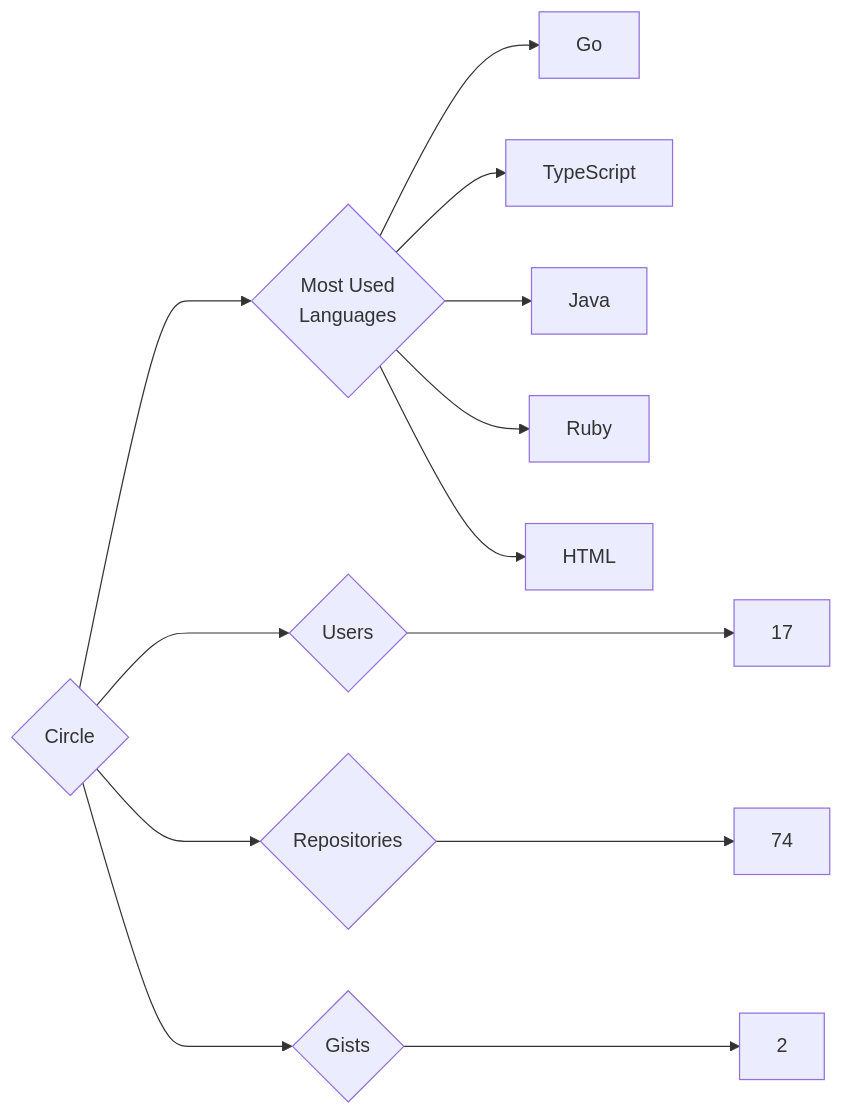
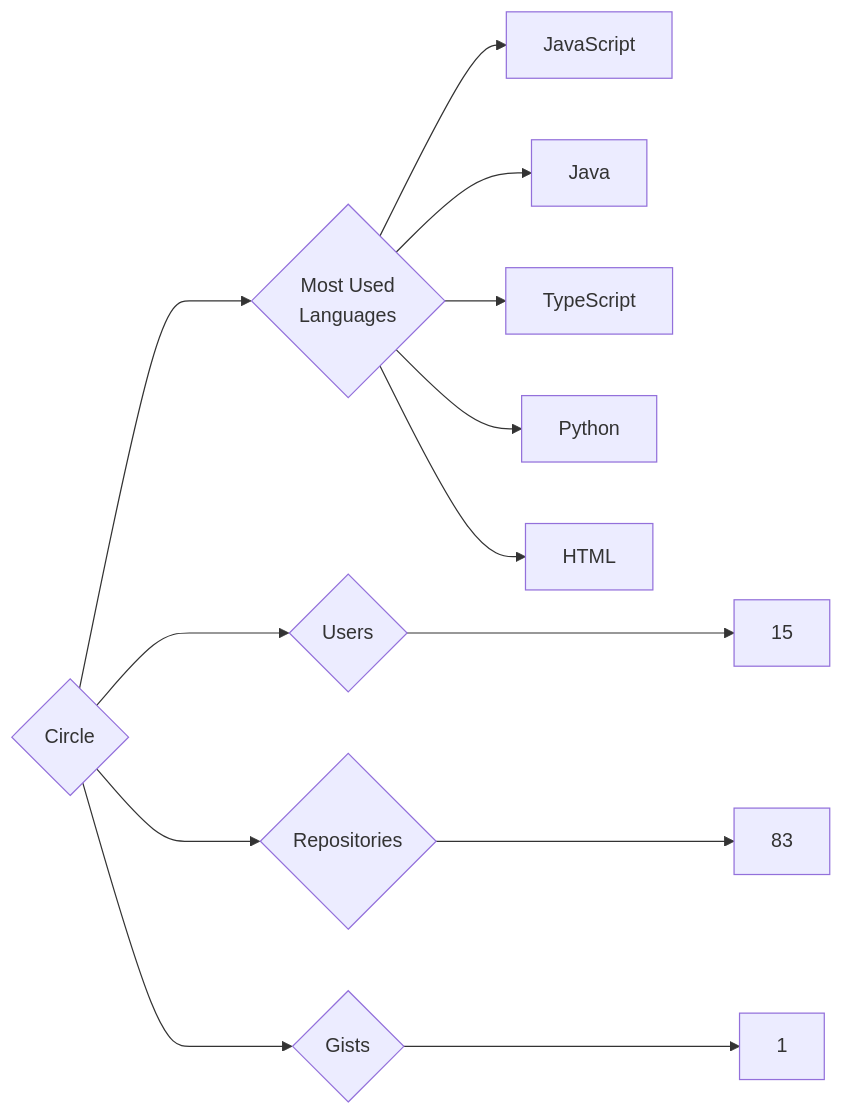
One commit to trickest/insiders changed the diagram in targets/Circle/README.md. Above: the diagram before and after it, drawn with Mermaid. The commit also changed 777 other files, not shown here.

````diff
--- a/targets/Circle/README.md
+++ b/targets/Circle/README.md
@@ -3,13 +3,13 @@
 ```mermaid
 graph LR
 COMPANY_NAME{Circle}
-COMPANY_NAME ---> U{Users} ---> UN[17]
-COMPANY_NAME ---> R{Repositories} ---> RN[74]
-COMPANY_NAME ---> G{Gists} ---> GN[2]
+COMPANY_NAME ---> U{Users} ---> UN[15]
+COMPANY_NAME ---> R{Repositories} ---> RN[83]
+COMPANY_NAME ---> G{Gists} ---> GN[1]
 COMPANY_NAME ---> ML{Most Used<br>Languages}
-ML --> Go[Go]
+ML --> JavaScript[JavaScript]
+ML --> Java[Java]
 ML --> TypeScript[TypeScript]
-ML --> Java[Java]
-ML --> Ruby[Ruby]
+ML --> Python[Python]
 ML --> HTML[HTML]
 ```
````
